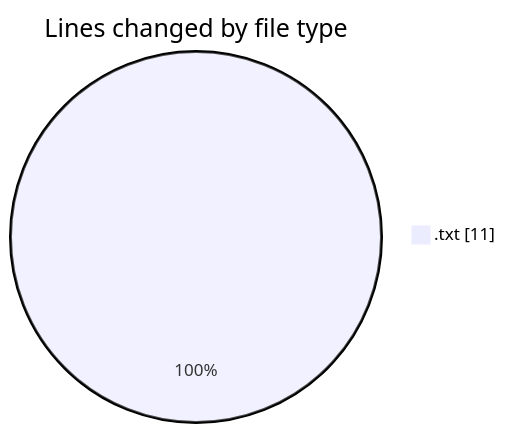
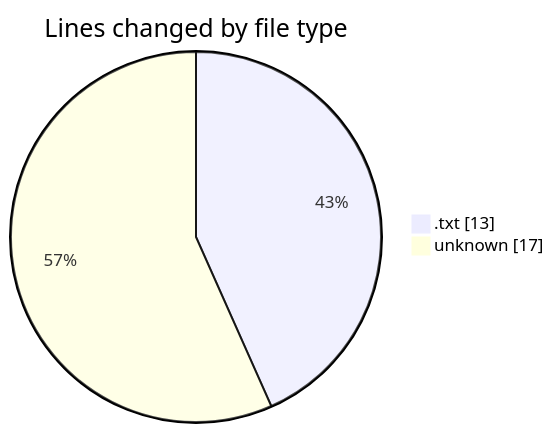
The first of 2 diagrams in 2025-04-27/utilities/README.md (Netris89/code-tracking), drawn with Mermaid before and after one commit. The commit also changed other lines of this file and 1 other file, not shown here.

````diff
--- a/2025-04-27/utilities/README.md
+++ b/2025-04-27/utilities/README.md
@@ -20,5 +21,6 @@
 ```mermaid
 pie showData
 title Lines changed by file type
-".txt" : 11
+".txt" : 13
+"unknown" : 17
 ```
````
